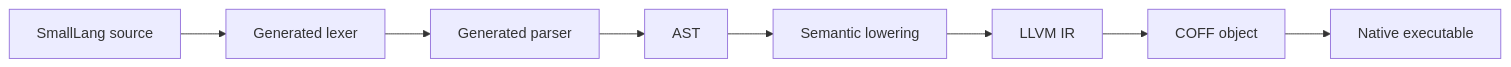
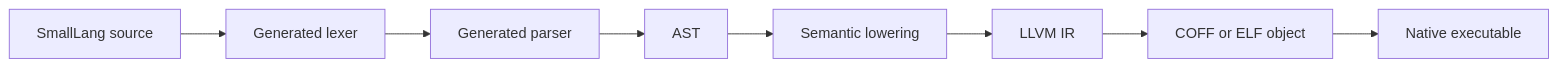
The diagram in README.md (dimohy/Sollang), drawn with Mermaid before and after one commit. The commit also changed other lines of this file and 75 other files, not shown here.

````diff
--- a/README.md
+++ b/README.md
@@ -119,10 +202,10 @@
 ```mermaid
 flowchart LR
     Source[SmallLang source] --> Lexer[Generated lexer]
     Lexer --> Parser[Generated parser]
     Parser --> AST[AST]
     AST --> Semantics[Semantic lowering]
     Semantics --> LLVM[LLVM IR]
-    LLVM --> Object[COFF object]
+    LLVM --> Object[COFF or ELF object]
     Object --> Exe[Native executable]
 ```
````
